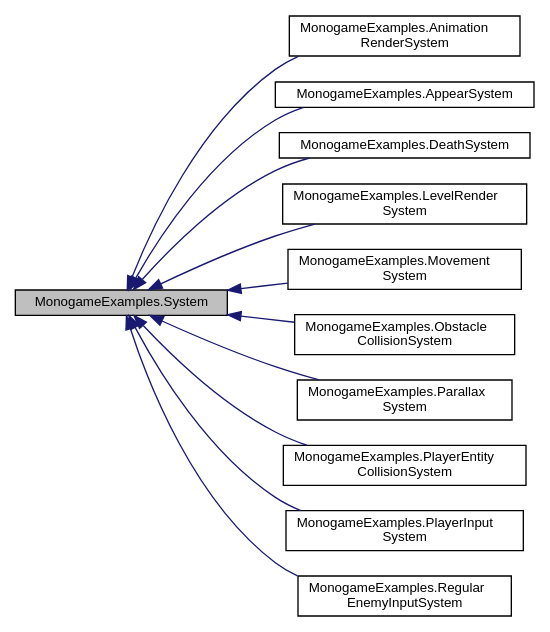
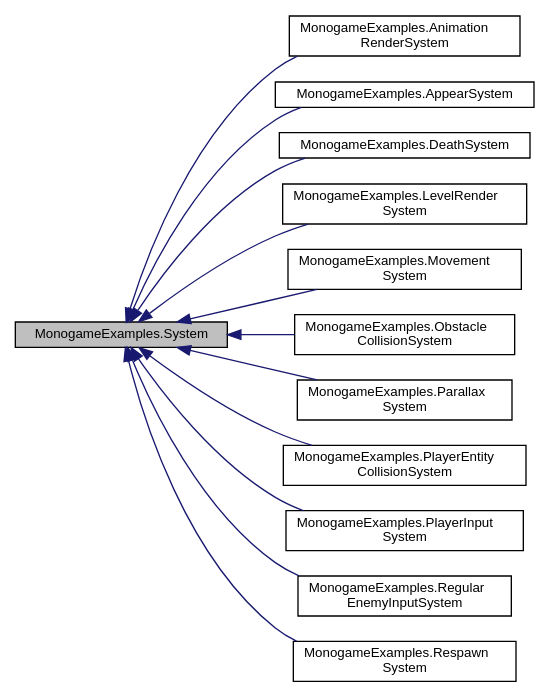
Before and after one commit to DreamyStranger/MonoGame-Platformer: the diagram in docs/classMonogameExamples_1_1System__inherit__graph.dot, drawn with Graphviz. The commit also changed 597 other files, not shown here.

```diff
--- a/docs/classMonogameExamples_1_1System__inherit__graph.dot
+++ b/docs/classMonogameExamples_1_1System__inherit__graph.dot
@@ -1,28 +1,30 @@
 digraph "MonogameExamples.System"
 {
  // LATEX_PDF_SIZE
   edge [fontname="Helvetica",fontsize="10",labelfontname="Helvetica",labelfontsize="10"];
   node [fontname="Helvetica",fontsize="10",shape=record];
   rankdir="LR";
   Node1 [label="MonogameExamples.System",height=0.2,width=0.4,color="black", fillcolor="grey75", style="filled", fontcolor="black",tooltip="An abstract base class for systems in the game."];
   Node1 -> Node2 [dir="back",color="midnightblue",fontsize="10",style="solid",fontname="Helvetica"];
   Node2 [label="MonogameExamples.Animation\lRenderSystem",height=0.2,width=0.4,color="black", fillcolor="white", style="filled",URL="$classMonogameExamples_1_1AnimationRenderSystem.html",tooltip="System responsible for rendering the entities in the game."];
   Node1 -> Node3 [dir="back",color="midnightblue",fontsize="10",style="solid",fontname="Helvetica"];
-  Node3 [label="MonogameExamples.AppearSystem",height=0.2,width=0.4,color="black", fillcolor="white", style="filled",URL="$classMonogameExamples_1_1AppearSystem.html",tooltip="System that manages entity appearance events, triggering actions depending on the entity type."];
+  Node3 [label="MonogameExamples.AppearSystem",height=0.2,width=0.4,color="black", fillcolor="white", style="filled",URL="$classMonogameExamples_1_1AppearSystem.html",tooltip="System that manages entity appearance events."];
   Node1 -> Node4 [dir="back",color="midnightblue",fontsize="10",style="solid",fontname="Helvetica"];
   Node4 [label="MonogameExamples.DeathSystem",height=0.2,width=0.4,color="black", fillcolor="white", style="filled",URL="$classMonogameExamples_1_1DeathSystem.html",tooltip="System that manages entity death events, triggering actions depending on the entity type."];
   Node1 -> Node5 [dir="back",color="midnightblue",fontsize="10",style="solid",fontname="Helvetica"];
   Node5 [label="MonogameExamples.LevelRender\lSystem",height=0.2,width=0.4,color="black", fillcolor="white", style="filled",URL="$classMonogameExamples_1_1LevelRenderSystem.html",tooltip="System responsible for rendering the entities in the game."];
   Node1 -> Node6 [dir="back",color="midnightblue",fontsize="10",style="solid",fontname="Helvetica"];
   Node6 [label="MonogameExamples.Movement\lSystem",height=0.2,width=0.4,color="black", fillcolor="white", style="filled",URL="$classMonogameExamples_1_1MovementSystem.html",tooltip="System responsible for handling the movement of entities in the game."];
   Node1 -> Node7 [dir="back",color="midnightblue",fontsize="10",style="solid",fontname="Helvetica"];
   Node7 [label="MonogameExamples.Obstacle\lCollisionSystem",height=0.2,width=0.4,color="black", fillcolor="white", style="filled",URL="$classMonogameExamples_1_1ObstacleCollisionSystem.html",tooltip="System that manages collision detection and resolution between entities and level obstacles."];
   Node1 -> Node8 [dir="back",color="midnightblue",fontsize="10",style="solid",fontname="Helvetica"];
-  Node8 [label="MonogameExamples.Parallax\lSystem",height=0.2,width=0.4,color="black", fillcolor="white", style="filled",URL="$classMonogameExamples_1_1ParallaxSystem.html",tooltip="System that manages parallax components and their related entities."];
+  Node8 [label="MonogameExamples.Parallax\lSystem",height=0.2,width=0.4,color="black", fillcolor="white", style="filled",URL="$classMonogameExamples_1_1ParallaxSystem.html",tooltip="System that manages parallax components and their related entities to create parallax effect."];
   Node1 -> Node9 [dir="back",color="midnightblue",fontsize="10",style="solid",fontname="Helvetica"];
-  Node9 [label="MonogameExamples.PlayerEntity\lCollisionSystem",height=0.2,width=0.4,color="black", fillcolor="white", style="filled",URL="$classMonogameExamples_1_1PlayerEntityCollisionSystem.html",tooltip="Represents a system that handles collisions between the player entity and other entities."];
+  Node9 [label="MonogameExamples.PlayerEntity\lCollisionSystem",height=0.2,width=0.4,color="black", fillcolor="white", style="filled",URL="$classMonogameExamples_1_1PlayerEntityCollisionSystem.html",tooltip="System that handles collisions between the player entity and other entities."];
   Node1 -> Node10 [dir="back",color="midnightblue",fontsize="10",style="solid",fontname="Helvetica"];
   Node10 [label="MonogameExamples.PlayerInput\lSystem",height=0.2,width=0.4,color="black", fillcolor="white", style="filled",URL="$classMonogameExamples_1_1PlayerInputSystem.html",tooltip="System that updates the state of entities based on keyboard input."];
   Node1 -> Node11 [dir="back",color="midnightblue",fontsize="10",style="solid",fontname="Helvetica"];
   Node11 [label="MonogameExamples.Regular\lEnemyInputSystem",height=0.2,width=0.4,color="black", fillcolor="white", style="filled",URL="$classMonogameExamples_1_1RegularEnemyInputSystem.html",tooltip="System that updates the state of Regular Enemies."];
+  Node1 -> Node12 [dir="back",color="midnightblue",fontsize="10",style="solid",fontname="Helvetica"];
+  Node12 [label="MonogameExamples.Respawn\lSystem",height=0.2,width=0.4,color="black", fillcolor="white", style="filled",URL="$classMonogameExamples_1_1RespawnSystem.html",tooltip="System that manages entity respawning based on the RespawnComponent."];
 }
```
